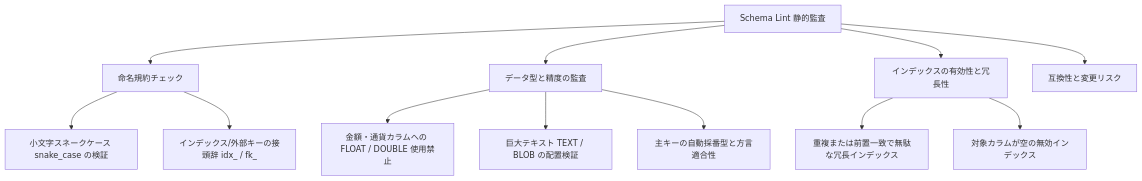
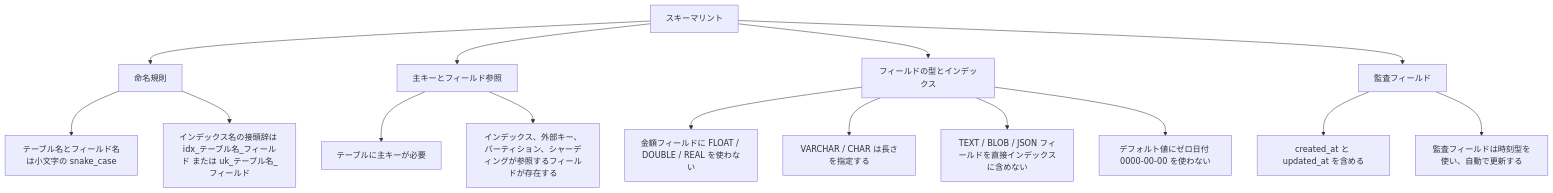
One commit to xingkaixin/dddlbuilder changed the diagram in apps/docs/ja/advanced/schema-lint.md. Above: the diagram before and after it, drawn with Mermaid. The commit also changed other lines of this file and 28 other files, not shown here.

````diff
--- a/apps/docs/ja/advanced/schema-lint.md
+++ b/apps/docs/ja/advanced/schema-lint.md
@@ -15,17 +15,21 @@
 ```mermaid
 graph TD
-    Lint[Schema Lint 静的監査] --> Naming[命名規約チェック]
-    Lint --> Types[データ型と精度の監査]
-    Lint --> Indexes[インデックスの有効性と冗長性]
-    Lint --> Risks[互換性と変更リスク]
-    
-    Naming --> N1[小文字スネークケース snake_case の検証]
-    Naming --> N2[インデックス/外部キーの接頭辞 idx_ / fk_]
-    
-    Types --> T1[金額・通貨カラムへの FLOAT / DOUBLE 使用禁止]
-    Types --> T2[巨大テキスト TEXT / BLOB の配置検証]
-    Types --> T3[主キーの自動採番型と方言適合性]
-    
-    Indexes --> I1[重複または前置一致で無駄な冗長インデックス]
-    Indexes --> I2[対象カラムが空の無効インデックス]
+    Lint[スキーマリント] --> Naming[命名規則]
+    Lint --> Keys[主キーとフィールド参照]
+    Lint --> Types[フィールドの型とインデックス]
+    Lint --> Audit[監査フィールド]
+
+    Naming --> N1[テーブル名とフィールド名は小文字の snake_case]
+    Naming --> N2[インデックス名の接頭辞は idx_テーブル名_フィールド または uk_テーブル名_フィールド]
+
+    Keys --> K1[テーブルに主キーが必要]
+    Keys --> K2[インデックス、外部キー、パーティション、シャーディングが参照するフィールドが存在する]
+
+    Types --> T1[金額フィールドに FLOAT / DOUBLE / REAL を使わない]
+    Types --> T2[VARCHAR / CHAR は長さを指定する]
+    Types --> T3[TEXT / BLOB / JSON フィールドを直接インデックスに含めない]
+    Types --> T4[デフォルト値にゼロ日付 0000-00-00 を使わない]
+
+    Audit --> A1[created_at と updated_at を含める]
+    Audit --> A2[監査フィールドは時刻型を使い、自動で更新する]
 ```
````
